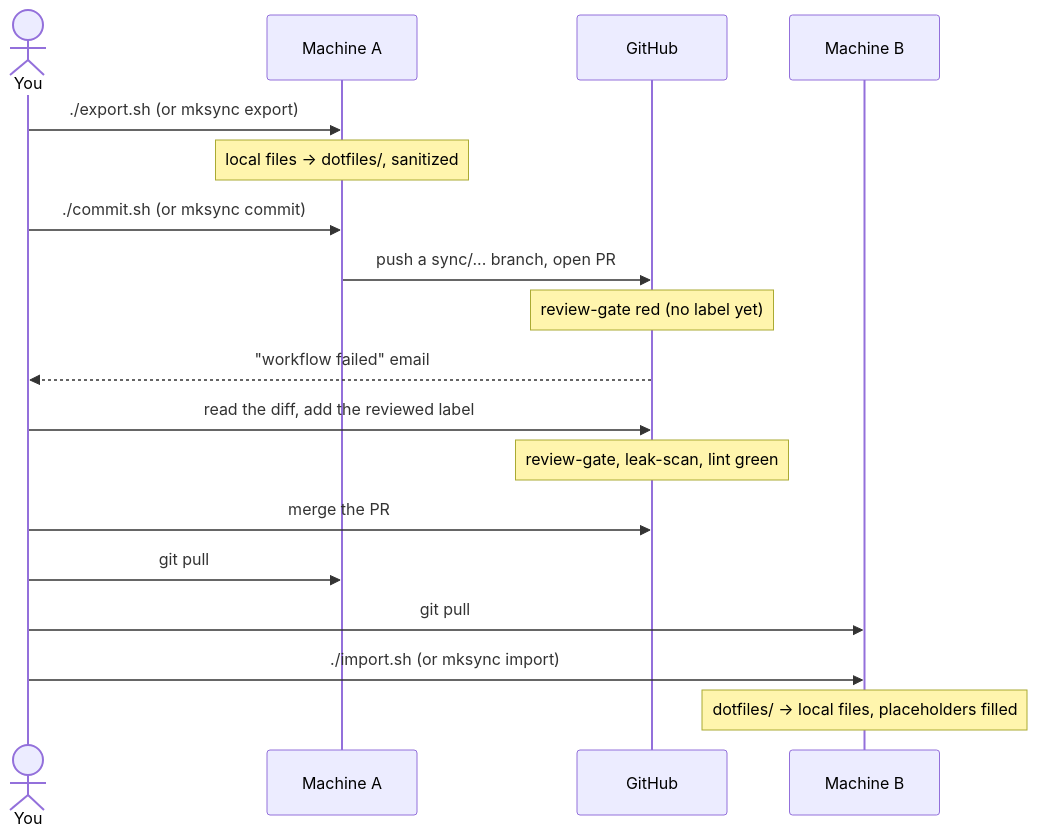
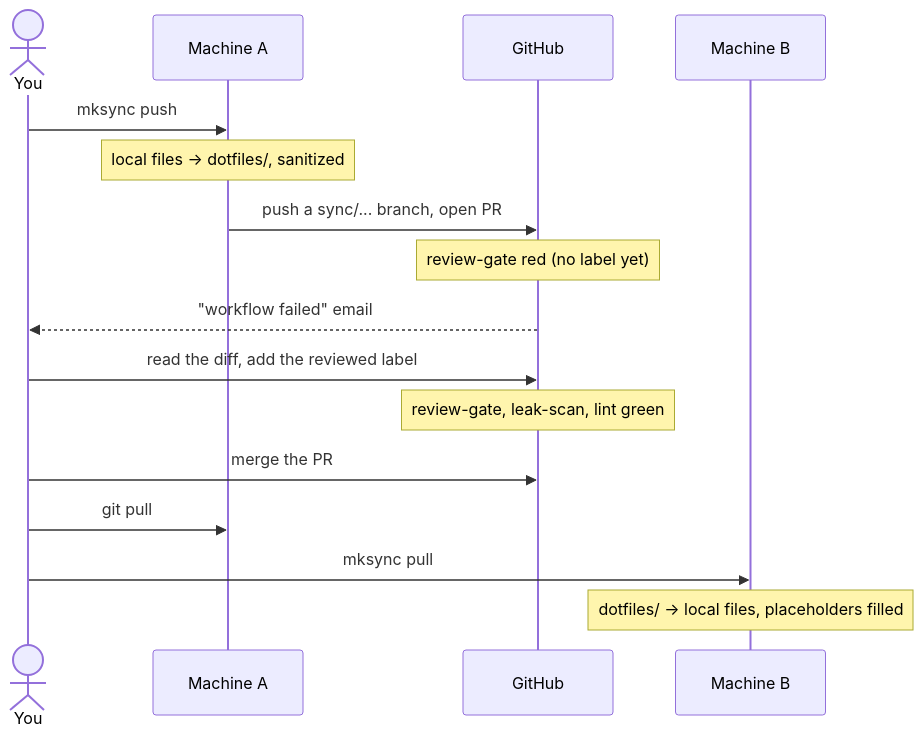
One commit to makubexD/SyncSettings changed the diagram in docs/daily-workflow.md. Above: the diagram before and after it, drawn with Mermaid. The commit also changed other lines of this file and 4 other files, not shown here.

````diff
--- a/docs/daily-workflow.md
+++ b/docs/daily-workflow.md
@@ -6,21 +6,19 @@
 ```mermaid
 sequenceDiagram
     actor You
     participant A as Machine A
     participant GH as GitHub
     participant B as Machine B
 
-    You->>A: ./export.sh (or mksync export)
+    You->>A: mksync push
     Note over A: local files → dotfiles/, sanitized
-    You->>A: ./commit.sh (or mksync commit)
     A->>GH: push a sync/... branch, open PR
     Note over GH: review-gate red (no label yet)
     GH-->>You: "workflow failed" email
     You->>GH: read the diff, add the reviewed label
     Note over GH: review-gate, leak-scan, lint green
     You->>GH: merge the PR
     You->>A: git pull
-    You->>B: git pull
-    You->>B: ./import.sh (or mksync import)
+    You->>B: mksync pull
     Note over B: dotfiles/ → local files, placeholders filled
 ```
````
